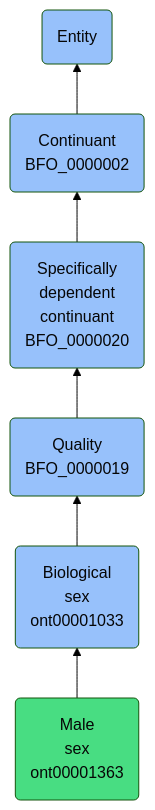
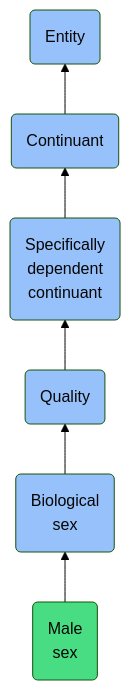
Before and after one commit to jupyter-naas/abi: the diagram in docs/ontology/reference/model/Entity/Continuant/Specifically dependent continuant/Quality/Biological sex/Male sex/Male sex.md, drawn with Mermaid (forest theme). The commit also changed other lines of this file and 1430 other files, not shown here.

````diff
--- a/docs/ontology/reference/model/Entity/Continuant/Specifically dependent continuant/Quality/Biological sex/Male sex/Male sex.md
+++ b/docs/ontology/reference/model/Entity/Continuant/Specifically dependent continuant/Quality/Biological sex/Male sex/Male sex.md
@@ -24,13 +24,13 @@
 ```mermaid
 graph BT
-    ont00001363(Male<br>sex<br>ont00001363):::ABI-->ont00001033
-    ont00001033(Biological<br>sex<br>ont00001033):::BFO-->BFO_0000019
-    BFO_0000019(Quality<br>BFO_0000019):::BFO-->BFO_0000020
-    BFO_0000020(Specifically<br>dependent<br>continuant<br>BFO_0000020):::BFO-->BFO_0000002
-    BFO_0000002(Continuant<br>BFO_0000002):::BFO-->BFO_0000001
+    ont00001363(Male<br>sex):::ABI-->ont00001033
+    ont00001033(Biological<br>sex):::BFO-->BFO_0000019
+    BFO_0000019(Quality):::BFO-->BFO_0000020
+    BFO_0000020(Specifically<br>dependent<br>continuant):::BFO-->BFO_0000002
+    BFO_0000002(Continuant):::BFO-->BFO_0000001
     BFO_0000001(Entity):::BFO
     
     classDef BFO fill:#97c1fb,color:#060606
     classDef CCO fill:#e4c51e,color:#060606
     classDef ABI fill:#48DD82,color:#060606
 ```
````
